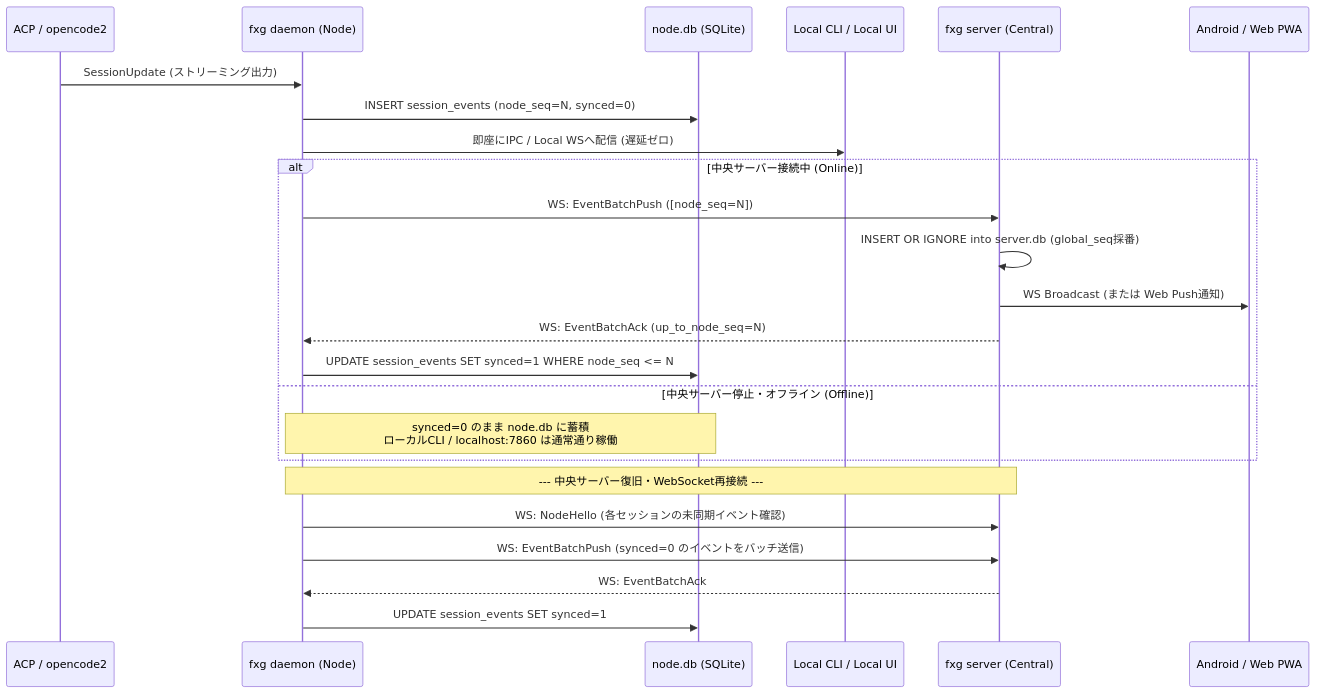
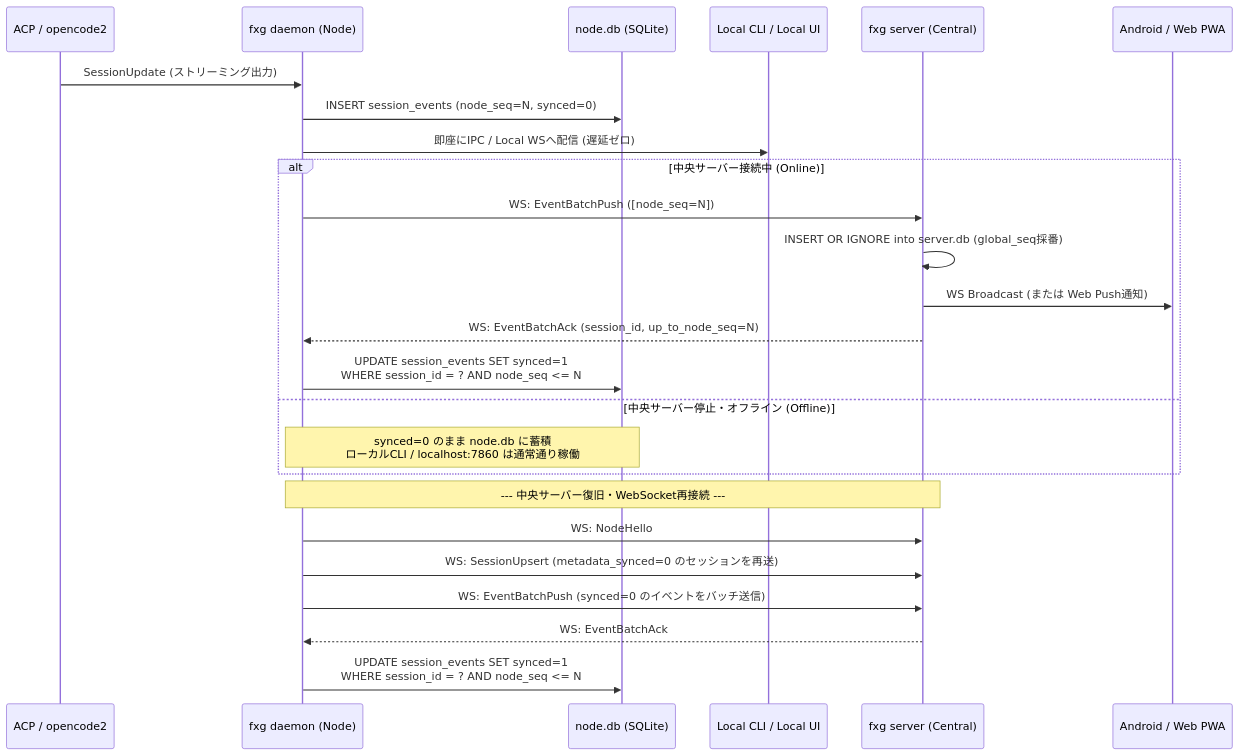
Before and after one commit to nazo6/flexagent: the second of 3 diagrams in docs/01-architecture-and-sync.md, drawn with Mermaid. The commit also changed other lines of this file and 5 other files, not shown here.

````diff
--- a/docs/01-architecture-and-sync.md
+++ b/docs/01-architecture-and-sync.md
@@ -90,29 +93,30 @@
 ```mermaid
 sequenceDiagram
     participant Agent as ACP / opencode2
     participant Daemon as fxg daemon (Node)
     participant NodeDB as node.db (SQLite)
     participant LocalClient as Local CLI / Local UI
     participant Server as fxg server (Central)
     participant RemotePWA as Android / Web PWA
 
     Agent->>Daemon: SessionUpdate (ストリーミング出力)
     Daemon->>NodeDB: INSERT session_events (node_seq=N, synced=0)
     Daemon->>LocalClient: 即座にIPC / Local WSへ配信 (遅延ゼロ)
 
     alt 中央サーバー接続中 (Online)
         Daemon->>Server: WS: EventBatchPush ([node_seq=N])
         Server->>Server: INSERT OR IGNORE into server.db (global_seq採番)
         Server->>RemotePWA: WS Broadcast (または Web Push通知)
-        Server-->>Daemon: WS: EventBatchAck (up_to_node_seq=N)
-        Daemon->>NodeDB: UPDATE session_events SET synced=1 WHERE node_seq <= N
+        Server-->>Daemon: WS: EventBatchAck (session_id, up_to_node_seq=N)
+        Daemon->>NodeDB: UPDATE session_events SET synced=1<br/>WHERE session_id = ? AND node_seq <= N
     else 中央サーバー停止・オフライン (Offline)
         Note over Daemon,NodeDB: synced=0 のまま node.db に蓄積<br/>ローカルCLI / localhost:7860 は通常通り稼働
     end
 
     Note over Daemon,Server: --- 中央サーバー復旧・WebSocket再接続 ---
-    Daemon->>Server: WS: NodeHello (各セッションの未同期イベント確認)
+    Daemon->>Server: WS: NodeHello
+    Daemon->>Server: WS: SessionUpsert (metadata_synced=0 のセッションを再送)
     Daemon->>Server: WS: EventBatchPush (synced=0 のイベントをバッチ送信)
     Server-->>Daemon: WS: EventBatchAck
-    Daemon->>NodeDB: UPDATE session_events SET synced=1
+    Daemon->>NodeDB: UPDATE session_events SET synced=1<br/>WHERE session_id = ? AND node_seq <= N
 ```
````
